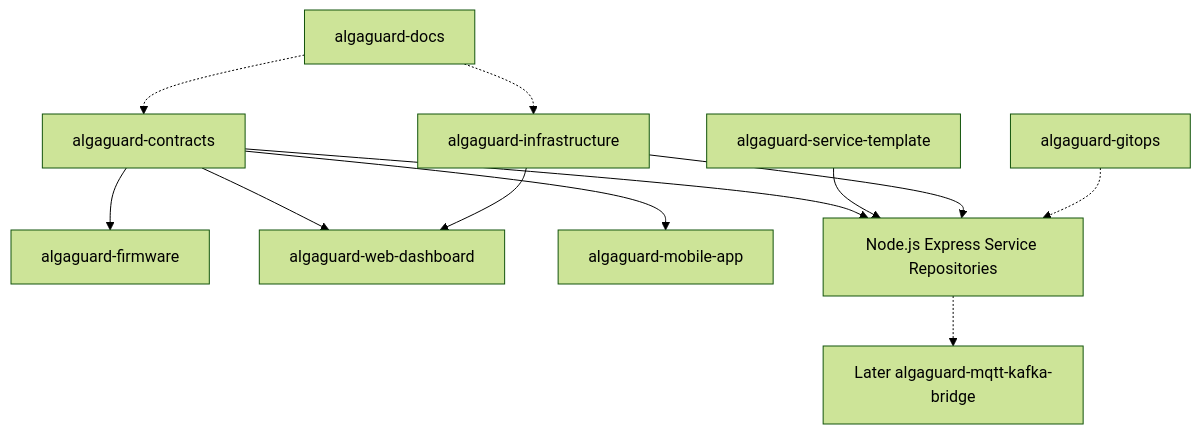
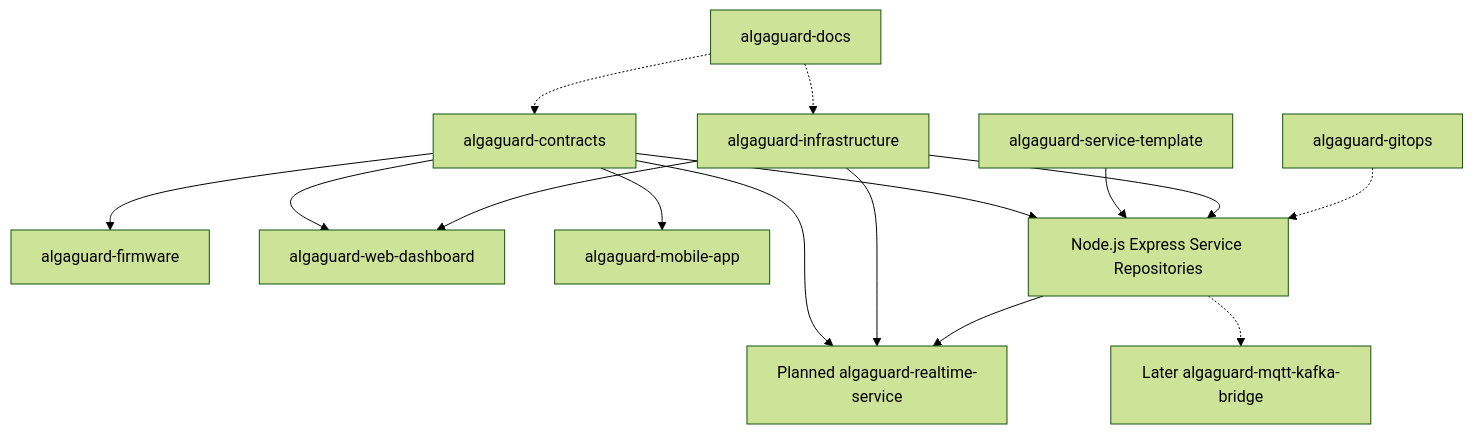
Before and after one commit to AlgaGuard/algaguard-docs: the diagram in docs/architecture/repository-architecture.md, drawn with Mermaid (forest theme). The commit also changed other lines of this file and 13 other files, not shown here.

Commit message:
docs: add Phase 2.1 WebSocket architecture

````diff
--- a/docs/architecture/repository-architecture.md
+++ b/docs/architecture/repository-architecture.md
@@ -5,25 +5,29 @@
 ```mermaid
 flowchart TB
     CONTRACTS["algaguard-contracts"]
     TEMPLATE["algaguard-service-template"]
     INFRA["algaguard-infrastructure"]
     GITOPS["algaguard-gitops"]
     DOCS["algaguard-docs"]
     FIRMWARE["algaguard-firmware"]
     WEB["algaguard-web-dashboard"]
     MOBILE["algaguard-mobile-app"]
     SERVICES["Node.js Express Service Repositories"]
+    REALTIME["Planned algaguard-realtime-service"]
     BRIDGE["Later algaguard-mqtt-kafka-bridge"]
 
     CONTRACTS --> FIRMWARE
     CONTRACTS --> WEB
     CONTRACTS --> MOBILE
     CONTRACTS --> SERVICES
+    CONTRACTS --> REALTIME
     TEMPLATE --> SERVICES
     INFRA --> SERVICES
     INFRA --> WEB
+    INFRA --> REALTIME
     GITOPS -.-> SERVICES
     DOCS -.-> CONTRACTS
     DOCS -.-> INFRA
+    SERVICES --> REALTIME
     SERVICES -.-> BRIDGE
 ```
````
